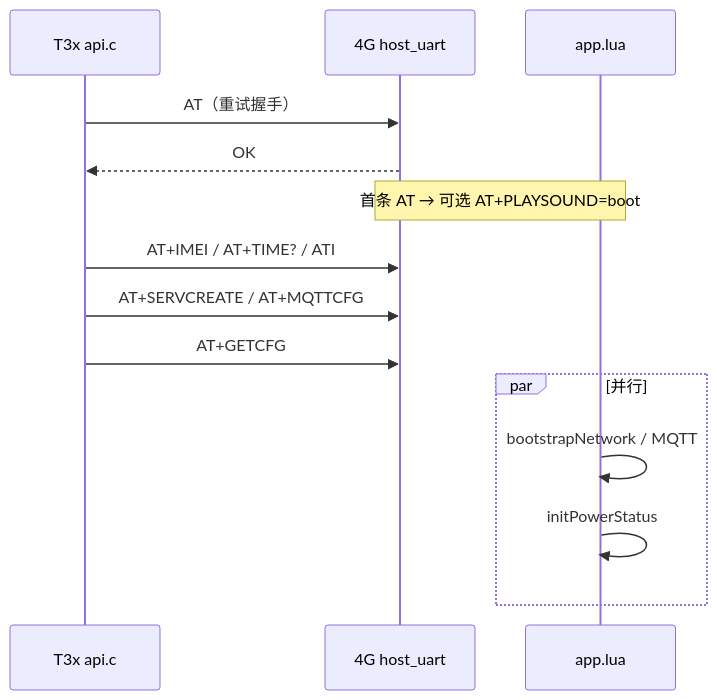
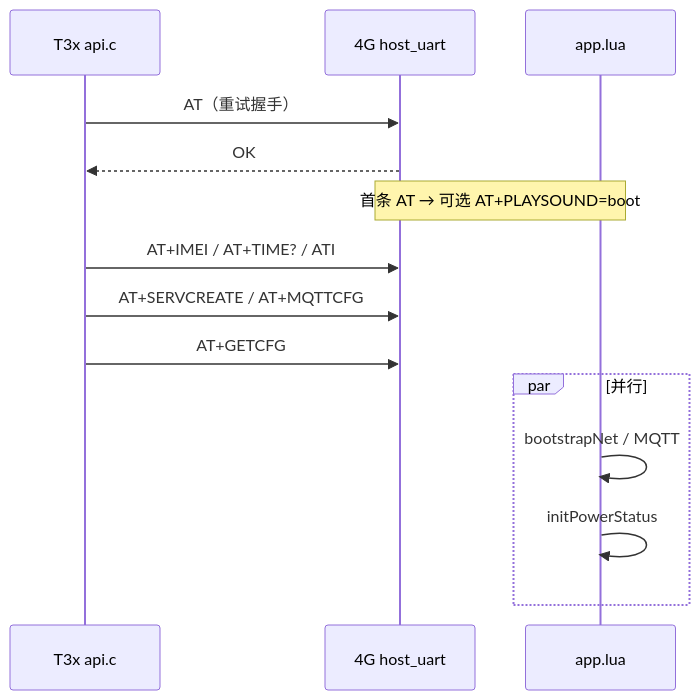
One commit to dzr1986/AIR780EHM changed the first of 3 diagrams in doc/T3X_IPC_4G_INTERACTION.md. Above: the diagram before and after it, drawn with Mermaid. The commit also changed other lines of this file and 84 other files, not shown here.

````diff
--- a/doc/T3X_IPC_4G_INTERACTION.md
+++ b/doc/T3X_IPC_4G_INTERACTION.md
@@ -42,17 +42,17 @@
 ```mermaid
 sequenceDiagram
     participant T as T3x api.c
     participant G as 4G host_uart
     participant A as app.lua
 
     T->>G: AT（重试握手）
     G-->>T: OK
     Note over G,A: 首条 AT → 可选 AT+PLAYSOUND=boot
     T->>G: AT+IMEI / AT+TIME? / ATI
     T->>G: AT+SERVCREATE / AT+MQTTCFG
     T->>G: AT+GETCFG
     par 并行
-        A->>A: bootstrapNetwork / MQTT
+        A->>A: bootstrapNet / MQTT
         A->>A: initPowerStatus
     end
 ```
````
